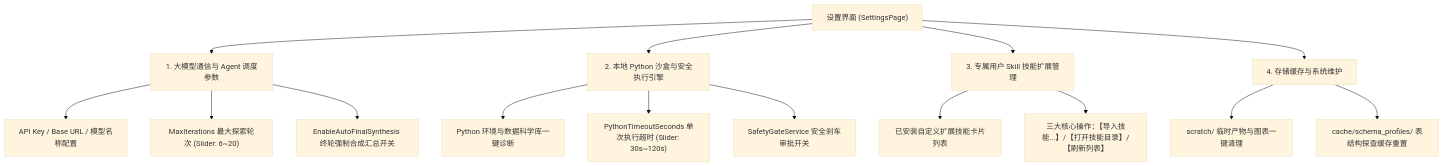
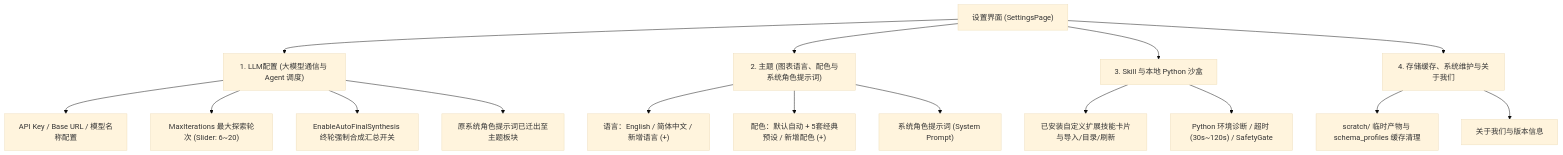
One commit to Fallenleaf-hub/DataAnalysis_Assistant changed the third of 3 diagrams in PRD.md. Above: the diagram before and after it, drawn with Mermaid (base theme). The commit also changed other lines of this file and 31 other files, not shown here.

````diff
--- a/PRD.md
+++ b/PRD.md
@@ -241,23 +246,24 @@
 ```mermaid
 flowchart TD
     Settings["设置界面 (SettingsPage)"]
     
-    Settings --> M1["1. 大模型通信与 Agent 调度参数"]
-    Settings --> M2["2. 本地 Python 沙盒与安全执行引擎"]
-    Settings --> M3["3. 专属用户 Skill 技能扩展管理"]
-    Settings --> M4["4. 存储缓存与系统维护"]
+    Settings --> M1["1. LLM配置 (大模型通信与 Agent 调度)"]
+    Settings --> M2["2. 主题 (图表语言、配色与系统角色提示词)"]
+    Settings --> M3["3. Skill 与本地 Python 沙盒"]
+    Settings --> M4["4. 存储缓存、系统维护与关于我们"]
 
     M1 --> M1_1["API Key / Base URL / 模型名称配置"]
     M1 --> M1_2["MaxIterations 最大探索轮次 (Slider: 6~20)"]
     M1 --> M1_3["EnableAutoFinalSynthesis 终轮强制合成汇总开关"]
+    M1 --> M1_4["原系统角色提示词已迁出至主题板块"]
 
-    M2 --> M2_1["Python 环境与数据科学库一键诊断"]
-    M2 --> M2_2["PythonTimeoutSeconds 单次执行超时 (Slider: 30s~120s)"]
-    M2 --> M2_3["SafetyGateService 安全刹车审批开关"]
+    M2 --> M2_1["语言：English / 简体中文 / 新增语言 (+)"]
+    M2 --> M2_2["配色：默认自动 + 5套经典预设 / 新增配色 (+)"]
+    M2 --> M2_3["系统角色提示词 (System Prompt)"]
 
-    M3 --> M3_1["已安装自定义扩展技能卡片列表"]
-    M3 --> M3_2["三大核心操作：【导入技能...】/【打开技能目录】/【刷新列表】"]
+    M3 --> M3_1["已安装自定义扩展技能卡片与导入/目录/刷新"]
+    M3 --> M3_2["Python 环境诊断 / 超时 (30s~120s) / SafetyGate"]
 
-    M4 --> M4_1["scratch/ 临时产物与图表一键清理"]
-    M4 --> M4_2["cache/schema_profiles/ 表结构探查缓存重置"]
+    M4 --> M4_1["scratch/ 临时产物与 schema_profiles 缓存清理"]
+    M4 --> M4_2["关于我们与版本信息"]
 ```
````
